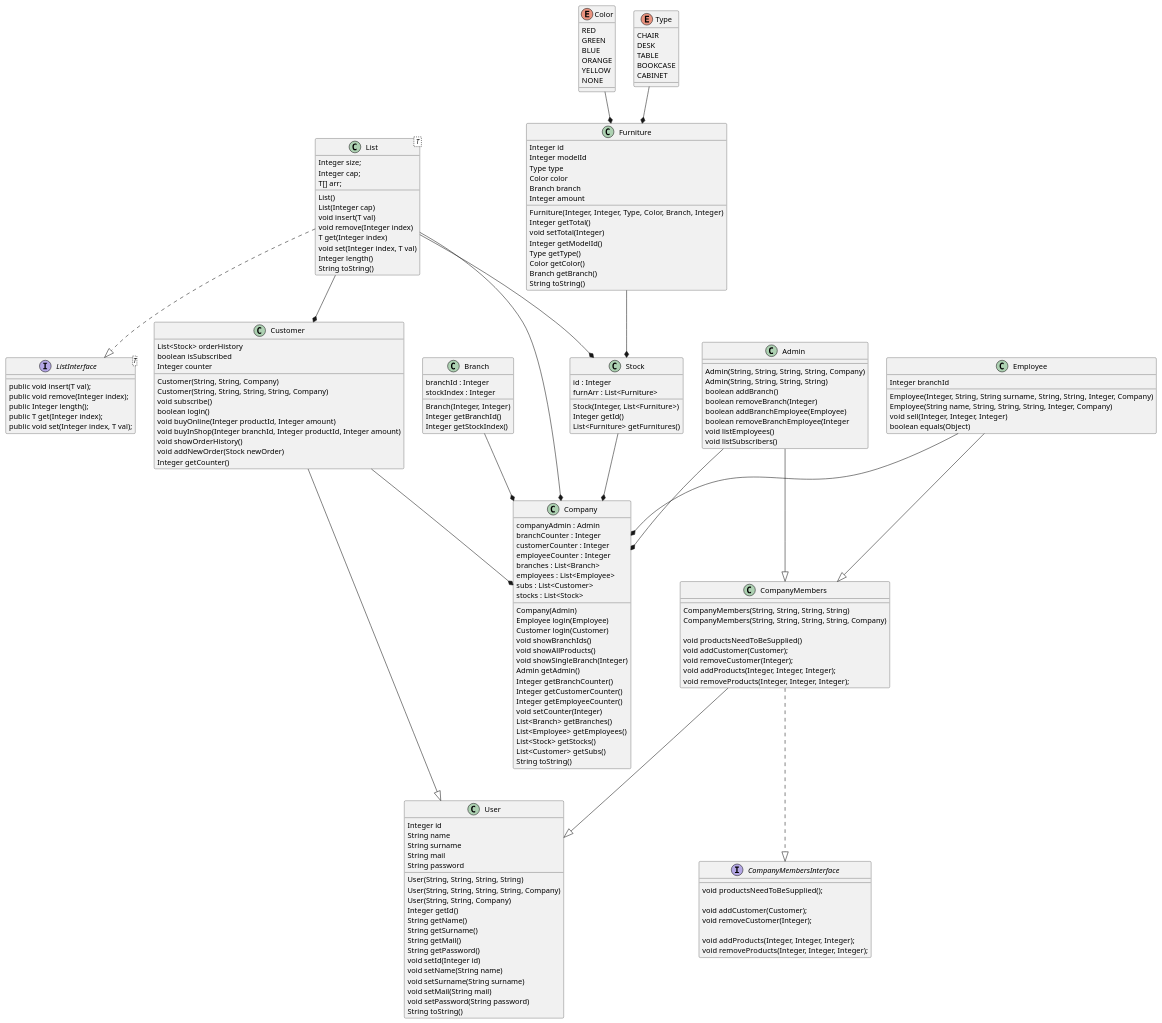
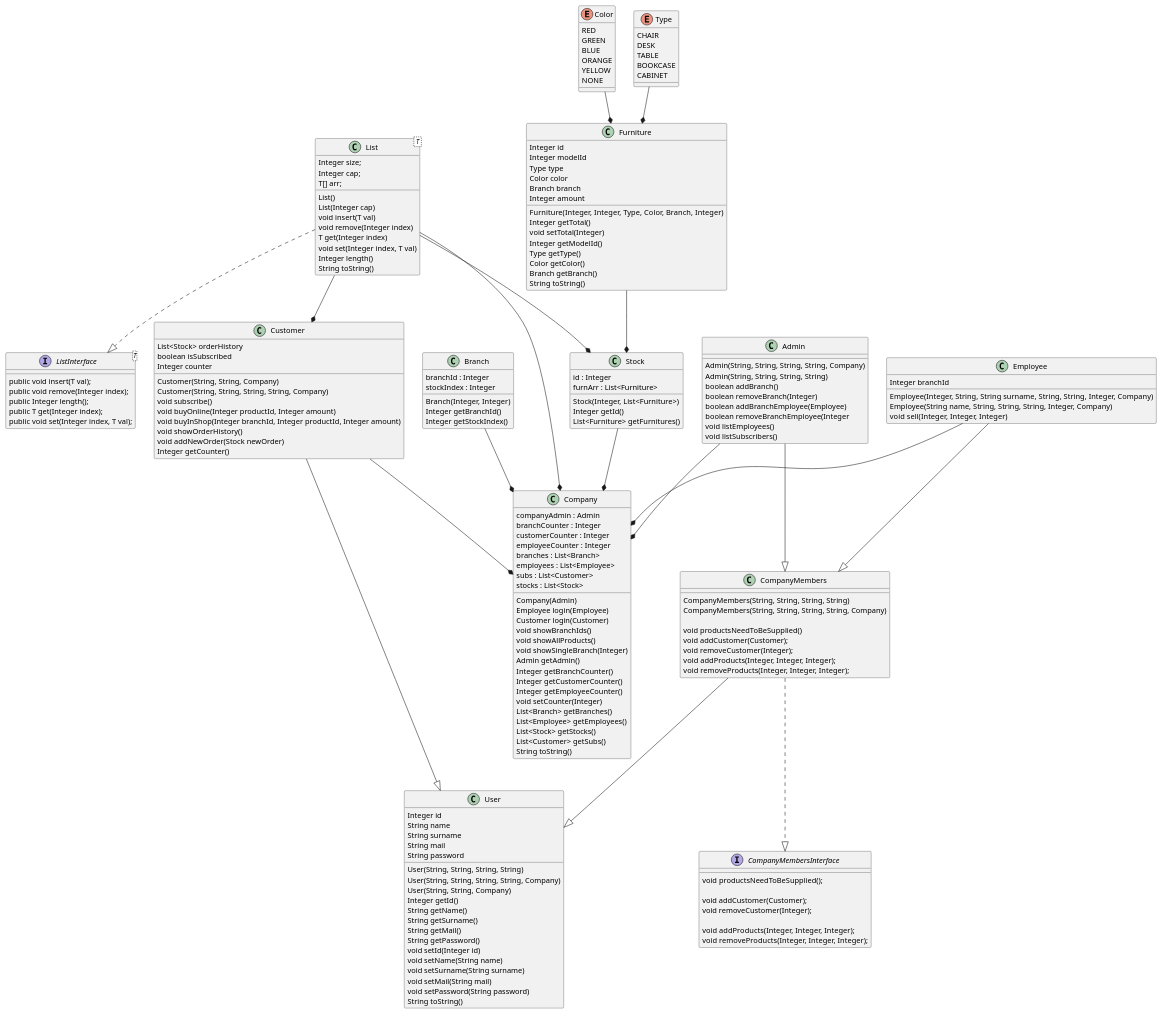
Before and after one commit to barisayyildiz/Data-Structures-Homeworks: the diagram in classes.puml, drawn with PlantUML. The commit also changed 82 other files, not shown here.

```diff
--- a/classes.puml
+++ b/classes.puml
@@ -94,7 +94,6 @@
 	Customer(String, String, Company)
 	Customer(String, String, String, String, Company)
 	void subscribe()
-	boolean login()
 	void buyOnline(Integer productId, Integer amount)
 	void buyInShop(Integer branchId, Integer productId, Integer amount)
 	void showOrderHistory()
@@ -110,13 +109,7 @@
 
 	Employee(Integer, String, String surname, String, String, Integer, Company)
 	Employee(String name, String, String, String, Integer, Company)
-	' addProducts(Integer, Integer, Integer)
-	' void removeProducts(Integer, Integer, Integer)
 	void sell(Integer, Integer, Integer)
-	' void productsNeedToBeSupplied()
-	' void addCustomer(Customer)
-	' void removeCustomer(Integer)
-	boolean equals(Object)
 }
 
 class User
```
